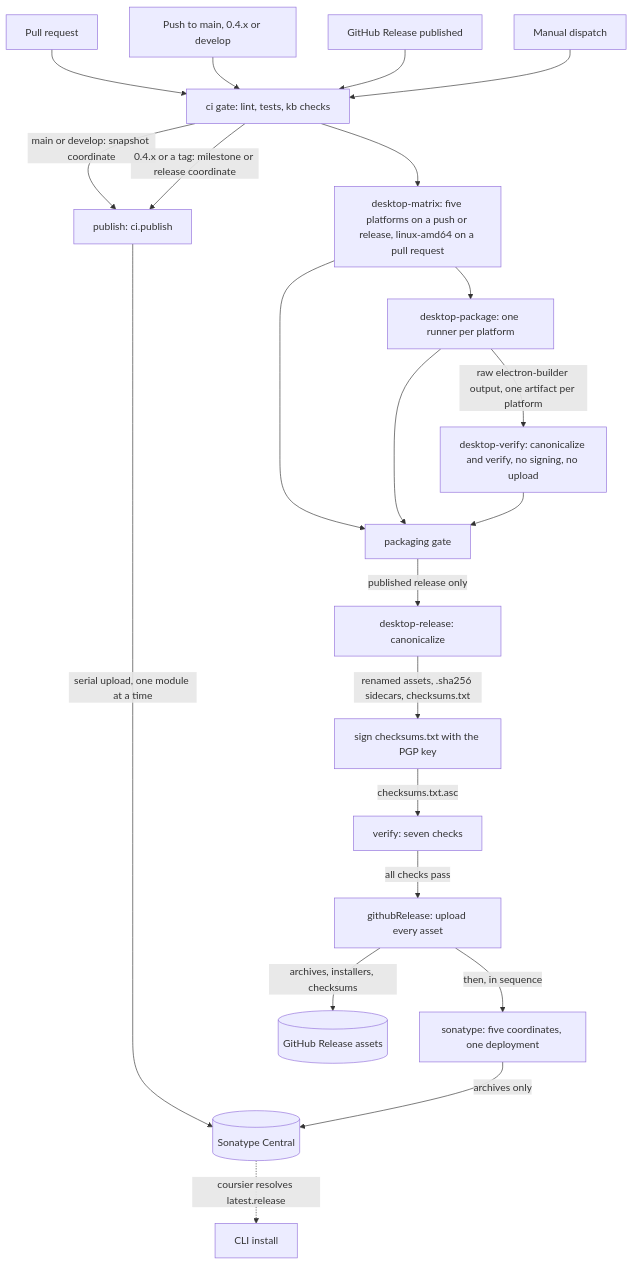
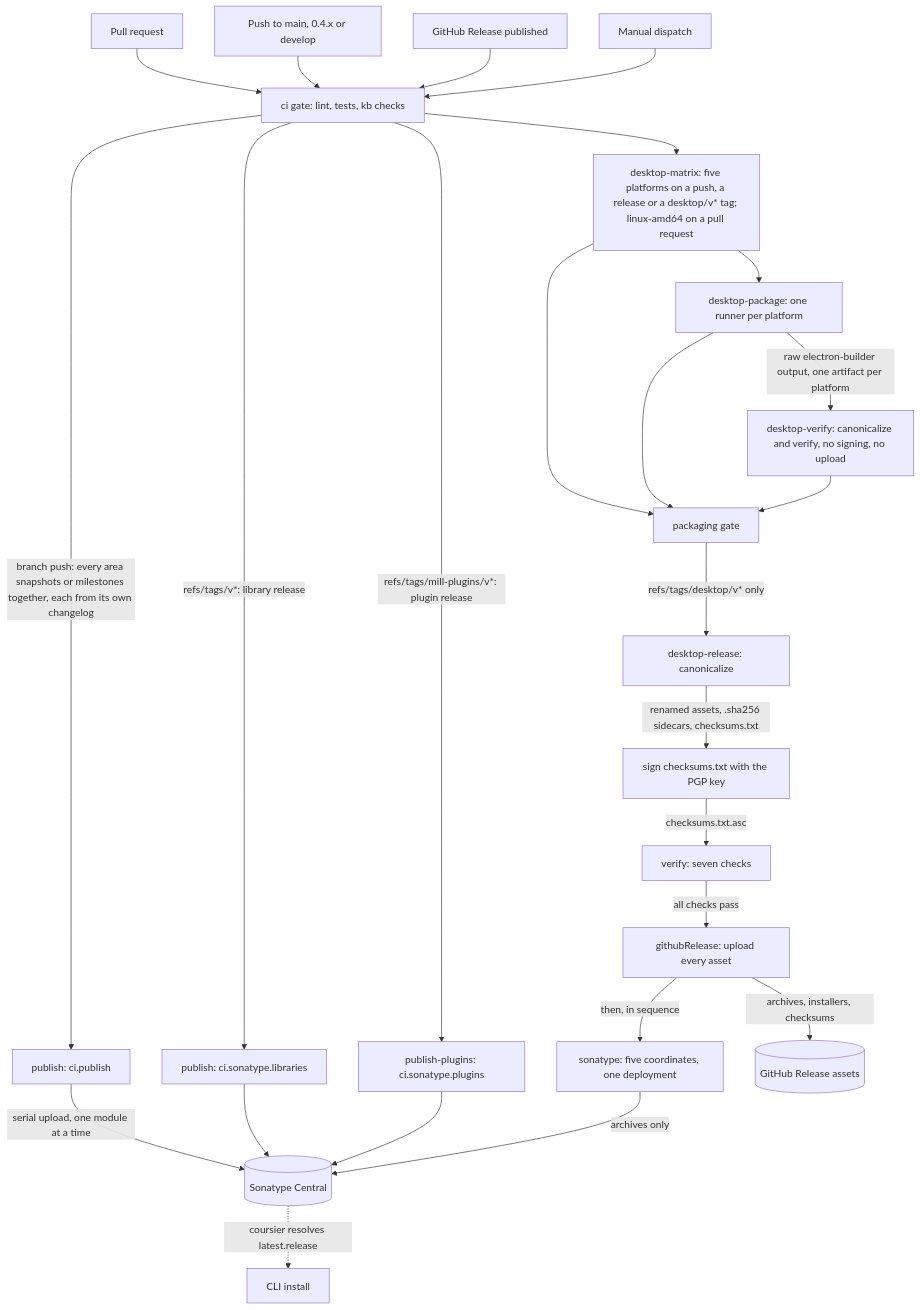
One commit to finos/morphir-scala changed the diagram in kb/bundles/morphir/morphir-scala/packaging-and-release.md. Above: the diagram before and after it, drawn with Mermaid. The commit also changed other lines of this file and 7 other files, not shown here.

````diff
--- a/kb/bundles/morphir/morphir-scala/packaging-and-release.md
+++ b/kb/bundles/morphir/morphir-scala/packaging-and-release.md
@@ -33,28 +33,31 @@
 ```mermaid
 flowchart TD
     PR[Pull request] --> Gate[ci gate: lint, tests, kb checks]
     Push[Push to main, 0.4.x or develop] --> Gate
     Rel[GitHub Release published] --> Gate
     Dispatch[Manual dispatch] --> Gate
 
-    Gate -->|main or develop: snapshot coordinate| Publish[publish: ci.publish]
-    Gate -->|0.4.x or a tag: milestone or release coordinate| Publish
-    Publish -->|serial upload, one module at a time| Sonatype[(Sonatype Central)]
+    Gate -->|branch push: every area snapshots or milestones together, each from its own changelog| PublishAll[publish: ci.publish]
+    Gate -->|refs/tags/v*: library release| PublishLib[publish: ci.sonatype.libraries]
+    Gate -->|refs/tags/mill-plugins/v*: plugin release| PublishPlugins[publish-plugins: ci.sonatype.plugins]
+    PublishAll -->|serial upload, one module at a time| Sonatype[(Sonatype Central)]
+    PublishLib --> Sonatype
+    PublishPlugins --> Sonatype
 
-    Gate --> Matrix[desktop-matrix: five platforms on a push or release, linux-amd64 on a pull request]
+    Gate --> Matrix[desktop-matrix: five platforms on a push, a release or a desktop/v* tag; linux-amd64 on a pull request]
     Matrix --> Package[desktop-package: one runner per platform]
     Package -->|raw electron-builder output, one artifact per platform| CiVerify[desktop-verify: canonicalize and verify, no signing, no upload]
     Matrix --> Packaging[packaging gate]
     Package --> Packaging
     CiVerify --> Packaging
 
-    Packaging -->|published release only| Canon[desktop-release: canonicalize]
+    Packaging -->|refs/tags/desktop/v* only| Canon[desktop-release: canonicalize]
     Canon -->|renamed assets, .sha256 sidecars, checksums.txt| Sign[sign checksums.txt with the PGP key]
     Sign -->|checksums.txt.asc| Verify[verify: seven checks]
     Verify -->|all checks pass| GhRelease[githubRelease: upload every asset]
     GhRelease -->|then, in sequence| DesktopSonatype[sonatype: five coordinates, one deployment]
     GhRelease -->|archives, installers, checksums| GhAssets[(GitHub Release assets)]
     DesktopSonatype -->|archives only| Sonatype
 
     Sonatype -.->|coursier resolves latest.release| Cli[CLI install]
 ```
````
